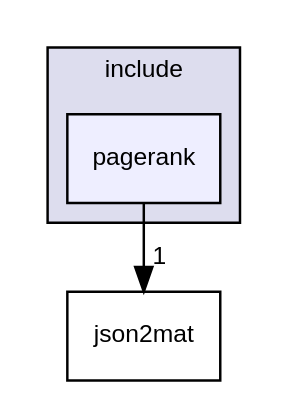
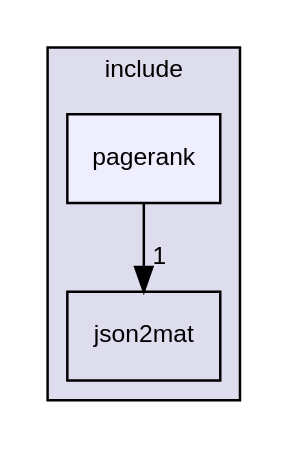
Before and after one commit to andros21/pgrank: the diagram in dir_fcb4fb62a8205f74db446b6c4c1eb152_dep.dot, drawn with Graphviz. The commit also changed other lines of this file and 70 other files, not shown here.

```diff
--- a/dir_fcb4fb62a8205f74db446b6c4c1eb152_dep.dot
+++ b/dir_fcb4fb62a8205f74db446b6c4c1eb152_dep.dot
@@ -1,11 +1,11 @@
 digraph "include/pagerank" {
   compound=true
   node [ fontsize="10", fontname="Helvetica"];
   edge [ labelfontsize="10", labelfontname="Helvetica"];
   subgraph clusterdir_d44c64559bbebec7f509842c48db8b23 {
     graph [ bgcolor="#ddddee", pencolor="black", label="include" fontname="Helvetica", fontsize="10", URL="dir_d44c64559bbebec7f509842c48db8b23.html"]
+  dir_a0299618b49a9d5a364bfd17779fcdfc [shape=box label="json2mat" URL="dir_a0299618b49a9d5a364bfd17779fcdfc.html"];
   dir_fcb4fb62a8205f74db446b6c4c1eb152 [shape=box, label="pagerank", style="filled", fillcolor="#eeeeff", pencolor="black", URL="dir_fcb4fb62a8205f74db446b6c4c1eb152.html"];
   }
-  dir_a0299618b49a9d5a364bfd17779fcdfc [shape=box label="json2mat" URL="dir_a0299618b49a9d5a364bfd17779fcdfc.html"];
   dir_fcb4fb62a8205f74db446b6c4c1eb152->dir_a0299618b49a9d5a364bfd17779fcdfc [headlabel="1", labeldistance=1.5 headhref="dir_000002_000001.html"];
 }
```
